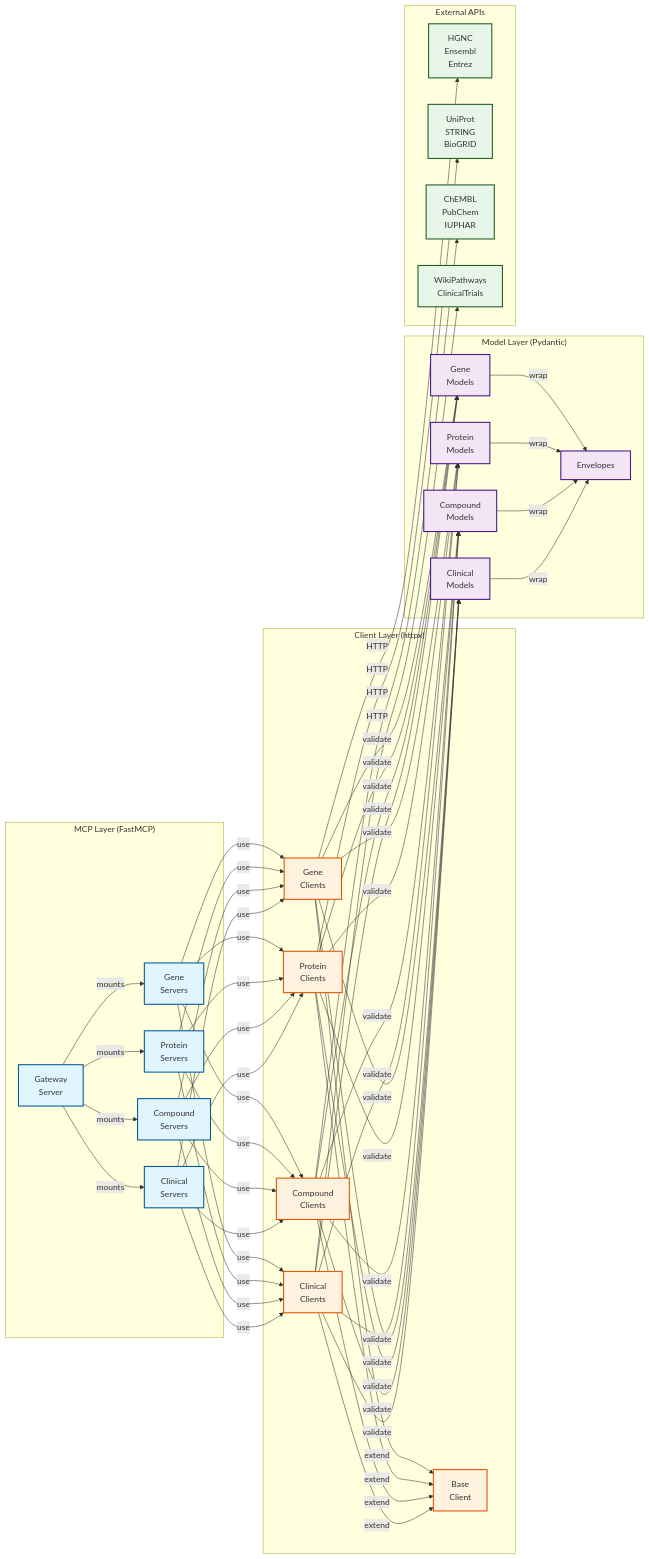
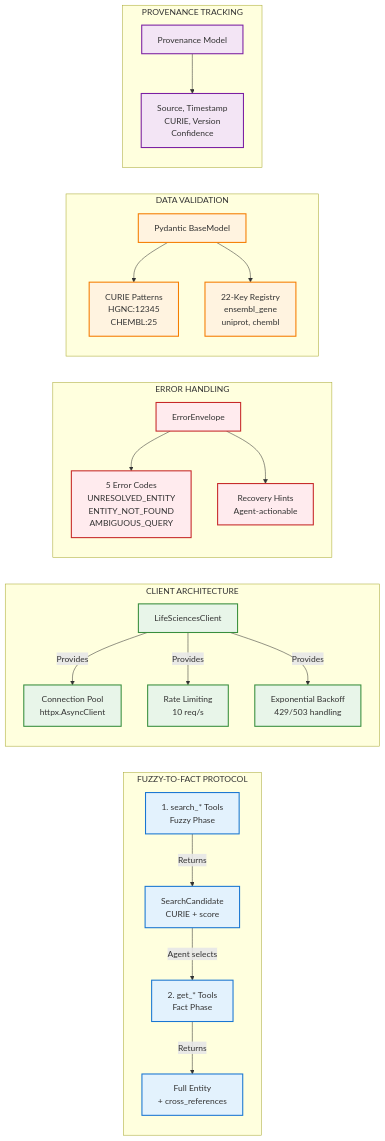
One commit to donbr/lifesciences-research changed the second of 8 diagrams in architecture/diagrams/02_architecture_diagrams.md. Above: the diagram before and after it, drawn with Mermaid. The commit also changed other lines of this file and 8 other files, not shown here.

````diff
--- a/architecture/diagrams/02_architecture_diagrams.md
+++ b/architecture/diagrams/02_architecture_diagrams.md
@@ -88,53 +109,41 @@
 ```mermaid
 graph LR
-    subgraph "MCP Layer (FastMCP)"
-        Gateway[Gateway<br/>Server]
-        S1[Gene<br/>Servers]
-        S2[Protein<br/>Servers]
-        S3[Compound<br/>Servers]
-        S4[Clinical<br/>Servers]
+    %% Color Palette
+    classDef protocol fill:#E3F2FD,stroke:#1976D2,stroke-width:2px
+    classDef client fill:#E8F5E9,stroke:#388E3C,stroke-width:2px
+    classDef error fill:#FFEBEE,stroke:#C62828,stroke-width:2px
+    classDef validation fill:#FFF3E0,stroke:#F57C00,stroke-width:2px
+    classDef provenance fill:#F3E5F5,stroke:#7B1FA2,stroke-width:2px
+
+    subgraph Protocol["FUZZY-TO-FACT PROTOCOL"]
+        Search[1. search_* Tools<br/>Fuzzy Phase]:::protocol
+        Get[2. get_* Tools<br/>Fact Phase]:::protocol
+        Search -->|Returns| SC[SearchCandidate<br/>CURIE + score]:::protocol
+        SC -->|Agent selects| Get
+        Get -->|Returns| Entity[Full Entity<br/>+ cross_references]:::protocol
     end
 
-    subgraph "Client Layer (httpx)"
-        Base[Base<br/>Client]
-        C1[Gene<br/>Clients]
-        C2[Protein<br/>Clients]
-        C3[Compound<br/>Clients]
-        C4[Clinical<br/>Clients]
+    subgraph Client["CLIENT ARCHITECTURE"]
+        Base[LifeSciencesClient]:::client
+        Base -->|Provides| Pool[Connection Pool<br/>httpx.AsyncClient]:::client
+        Base -->|Provides| RL[Rate Limiting<br/>10 req/s]:::client
+        Base -->|Provides| EB[Exponential Backoff<br/>429/503 handling]:::client
     end
 
-    subgraph "Model Layer (Pydantic)"
-        Env[Envelopes]
-        M1[Gene<br/>Models]
-        M2[Protein<br/>Models]
-        M3[Compound<br/>Models]
-        M4[Clinical<br/>Models]
+    subgraph Error["ERROR HANDLING"]
+        ErrEnv[ErrorEnvelope]:::error
+        ErrEnv --> Codes["5 Error Codes<br/>UNRESOLVED_ENTITY<br/>ENTITY_NOT_FOUND<br/>AMBIGUOUS_QUERY"]:::error
+        ErrEnv --> Hints[Recovery Hints<br/>Agent-actionable]:::error
     end
 
-    subgraph "External APIs"
-        A1[HGNC<br/>Ensembl<br/>Entrez]
-        A2[UniProt<br/>STRING<br/>BioGRID]
-        A3[ChEMBL<br/>PubChem<br/>IUPHAR]
-        A4[WikiPathways<br/>ClinicalTrials]
+    subgraph Validation["DATA VALIDATION"]
+        Pyd[Pydantic BaseModel]:::validation
+        Pyd --> CURIE[CURIE Patterns<br/>HGNC:12345<br/>CHEMBL:25]:::validation
+        Pyd --> XRefKeys[22-Key Registry<br/>ensembl_gene<br/>uniprot, chembl]:::validation
     end
 
-    Gateway -->|mounts| S1 & S2 & S3 & S4
-    S1 & S2 & S3 & S4 -->|use| C1 & C2 & C3 & C4
-    C1 & C2 & C3 & C4 -->|extend| Base
-    C1 & C2 & C3 & C4 -->|validate| M1 & M2 & M3 & M4
-    M1 & M2 & M3 & M4 -->|wrap| Env
-    C1 -->|HTTP| A1
-    C2 -->|HTTP| A2
-    C3 -->|HTTP| A3
-    C4 -->|HTTP| A4
-
-    classDef server fill:#e1f5fe,stroke:#01579b,stroke-width:2px
-    classDef client fill:#fff3e0,stroke:#e65100,stroke-width:2px
-    classDef model fill:#f3e5f5,stroke:#4a148c,stroke-width:2px
-    classDef api fill:#e8f5e9,stroke:#1b5e20,stroke-width:2px
-
-    class Gateway,S1,S2,S3,S4 server
-    class Base,C1,C2,C3,C4 client
-    class Env,M1,M2,M3,M4 model
-    class A1,A2,A3,A4 api
+    subgraph Prov["PROVENANCE TRACKING"]
+        ProvModel[Provenance Model]:::provenance
+        ProvModel --> Metadata[Source, Timestamp<br/>CURIE, Version<br/>Confidence]:::provenance
+    end
 ```
````
